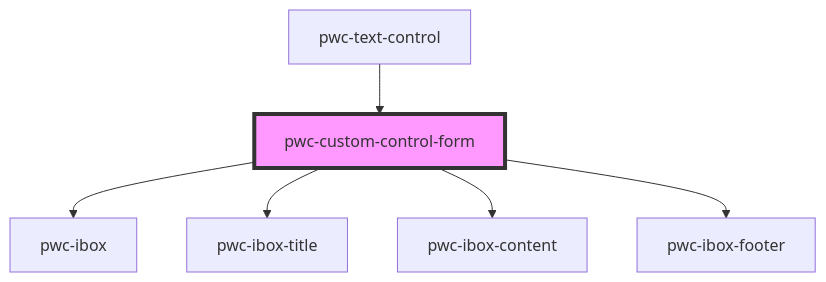
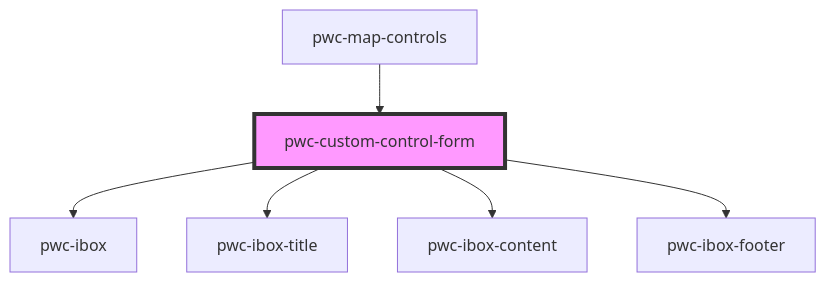
Before and after one commit to Paraboly/pwc-leaflet-text: the diagram in src/components/pwc-map-controls/components/pwc-custom-control-form/readme.md, drawn with Mermaid. The commit also changed other lines of this file and 3 other files, not shown here.

````diff
--- a/src/components/pwc-map-controls/components/pwc-custom-control-form/readme.md
+++ b/src/components/pwc-map-controls/components/pwc-custom-control-form/readme.md
@@ -38,9 +49,9 @@
 ```mermaid
 graph TD;
   pwc-custom-control-form --> pwc-ibox
   pwc-custom-control-form --> pwc-ibox-title
   pwc-custom-control-form --> pwc-ibox-content
   pwc-custom-control-form --> pwc-ibox-footer
-  pwc-text-control --> pwc-custom-control-form
+  pwc-map-controls --> pwc-custom-control-form
   style pwc-custom-control-form fill:#f9f,stroke:#333,stroke-width:4px
 ```
````
